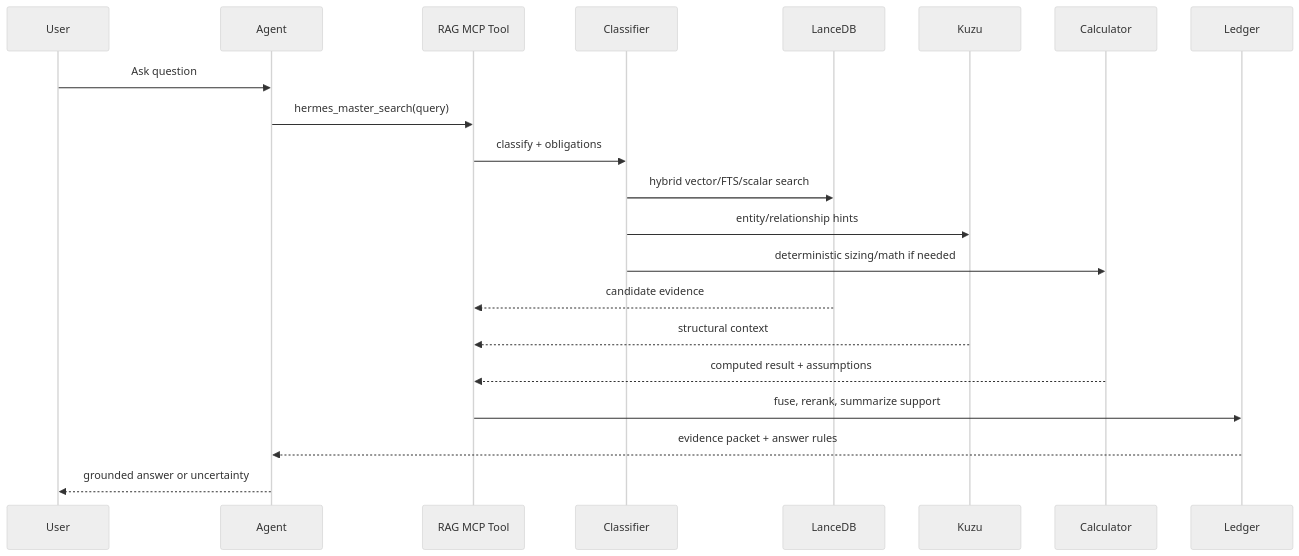
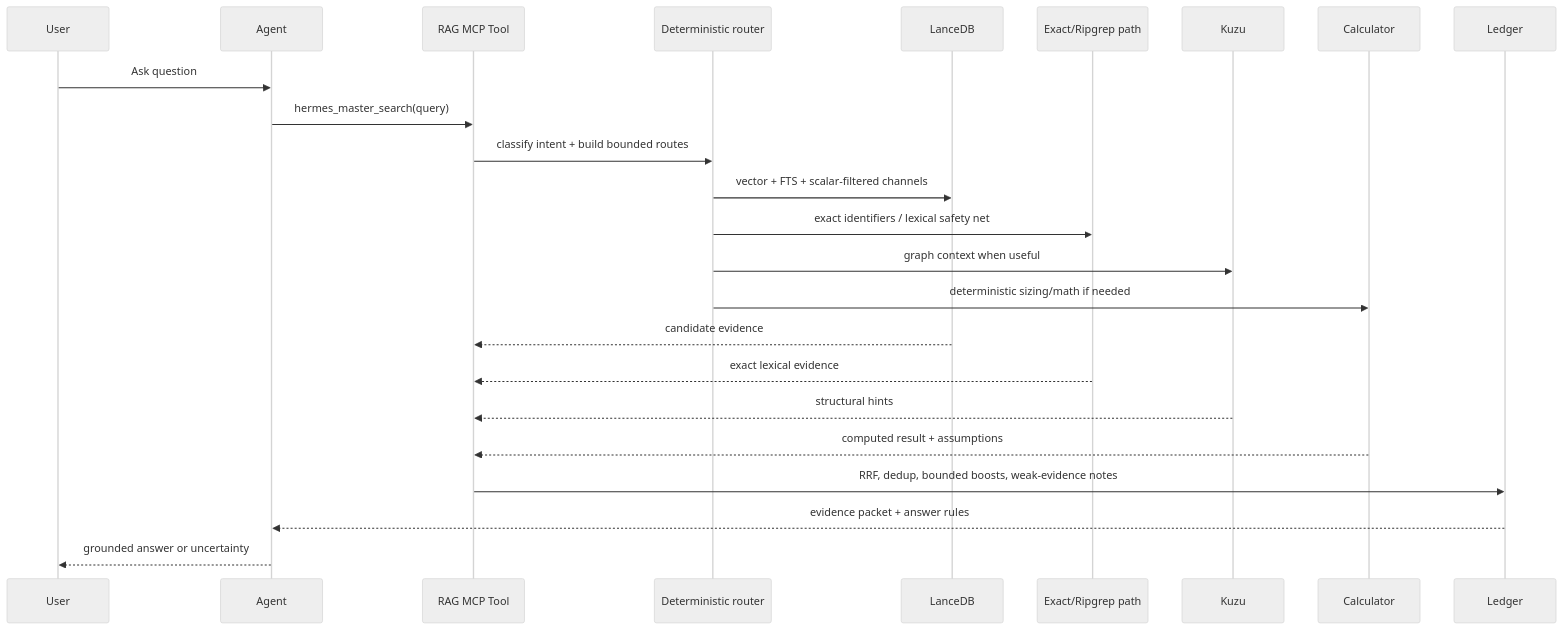
One commit to ipccheng/NX-Shield-RAG changed the diagram in docs/design/retrieval-pipeline.md. Above: the diagram before and after it, drawn with Mermaid (neutral theme). The commit also changed other lines of this file and 6 other files, not shown here.

Commit message:
docs: align RAG setup and LanceDB schema

````diff
--- a/docs/design/retrieval-pipeline.md
+++ b/docs/design/retrieval-pipeline.md
@@ -7,24 +9,27 @@
 ```mermaid
 sequenceDiagram
   participant User
   participant Agent
   participant MCP as RAG MCP Tool
-  participant Classifier
+  participant Planner as Deterministic router
   participant LanceDB
+  participant Exact as Exact/Ripgrep path
   participant Kuzu
   participant Calc as Calculator
   participant Ledger
 
   User->>Agent: Ask question
   Agent->>MCP: hermes_master_search(query)
-  MCP->>Classifier: classify + obligations
-  Classifier->>LanceDB: hybrid vector/FTS/scalar search
-  Classifier->>Kuzu: entity/relationship hints
-  Classifier->>Calc: deterministic sizing/math if needed
+  MCP->>Planner: classify intent + build bounded routes
+  Planner->>LanceDB: vector + FTS + scalar-filtered channels
+  Planner->>Exact: exact identifiers / lexical safety net
+  Planner->>Kuzu: graph context when useful
+  Planner->>Calc: deterministic sizing/math if needed
   LanceDB-->>MCP: candidate evidence
-  Kuzu-->>MCP: structural context
+  Exact-->>MCP: exact lexical evidence
+  Kuzu-->>MCP: structural hints
   Calc-->>MCP: computed result + assumptions
-  MCP->>Ledger: fuse, rerank, summarize support
+  MCP->>Ledger: RRF, dedup, bounded boosts, weak-evidence notes
   Ledger-->>Agent: evidence packet + answer rules
   Agent-->>User: grounded answer or uncertainty
 ```
````
